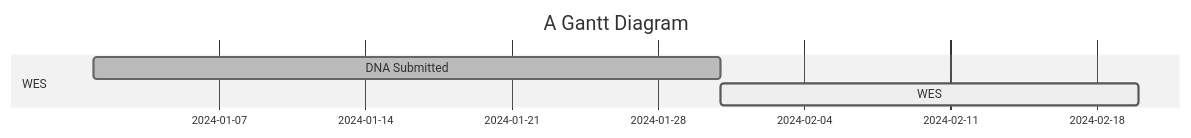
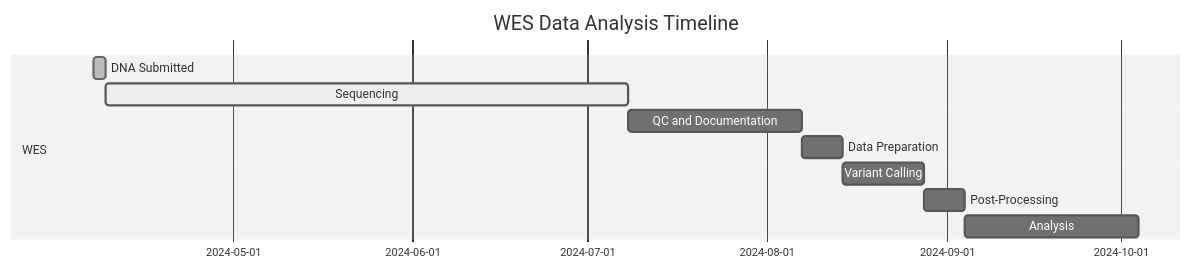
The first of 2 diagrams in README.md (delpropo/WES_Analysis_11340_9740), drawn with Mermaid (neutral theme) before and after one commit. The commit also changed other lines of this file, not shown here.

Commit message:
updated gantt chart

````diff
--- a/README.md
+++ b/README.md
@@ -16,8 +16,13 @@
 ```mermaid
 gantt
-    title A Gantt Diagram
+    title WES Data Analysis Timeline
     dateFormat YYYY-MM-DD
     section WES
-        DNA Submitted          :done,   wes1, 2024-01-01, 30d
-        WES                    :active, wes2, after wes1, 20d
+        DNA Submitted          :done,   wes1, 2024-04-07, 2d
+        Sequencing             :active, wes2, after wes1, 90d
+        QC and Documentation   :        wes3, after wes2, 30d
+        Data Preparation       :        analysis1, after wes3, 7d
+        Variant Calling        :        analysis2, after analysis1, 14d
+        Post-Processing        :        analysis3, after analysis2, 7d
+        Analysis               :        analysis4, after analysis3, 30d
 ```
````
